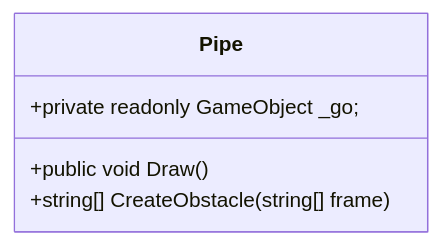
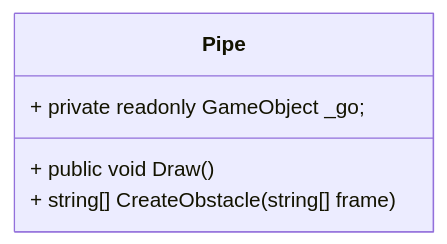
The seventh of 7 diagrams in dokumentasjon/diagram/klasse-diagram.md (NexusWeave/MVP-FlappyBird-cs), drawn with Mermaid before and after one commit. The commit also changed other lines of this file, not shown here.

Commit message:
Fix formatting in klasse-diagram.md by adding spaces before access modifiers and method declarations

````diff
--- a/dokumentasjon/diagram/klasse-diagram.md
+++ b/dokumentasjon/diagram/klasse-diagram.md
@@ -102,11 +103,11 @@
 ```mermaid
     classDiagram
         direction TD
 
         class Pipe {
-            +private readonly GameObject _go;
+            + private readonly GameObject _go;
 
-            +public void Draw()
-            +string[] CreateObstacle(string[] frame)
+            + public void Draw()
+            + string[] CreateObstacle(string[] frame)
         }
 ```
````
